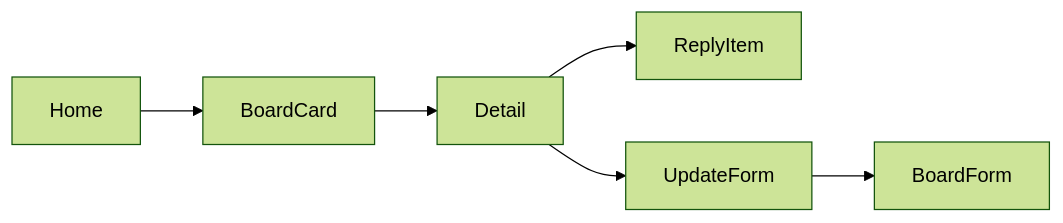
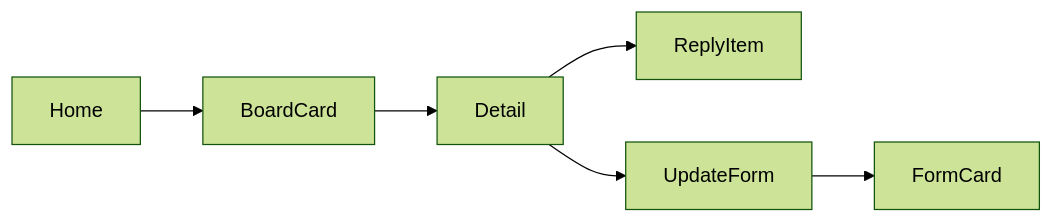
The fourth of 8 diagrams in .projectcode/wiki/scenarios.md (metakit-sorucecode/react-blog), drawn with Mermaid (forest theme) before and after one commit. The commit also changed other lines of this file and 2 other files, not shown here.

````diff
--- a/.projectcode/wiki/scenarios.md
+++ b/.projectcode/wiki/scenarios.md
@@ -72,8 +72,8 @@
 ```mermaid
 flowchart LR
   A[Home] --> B[BoardCard]
   B --> C[Detail]
   C --> D[ReplyItem]
   C --> E[UpdateForm]
-  E --> F[BoardForm]
+  E --> F[FormCard]
 ```
````
